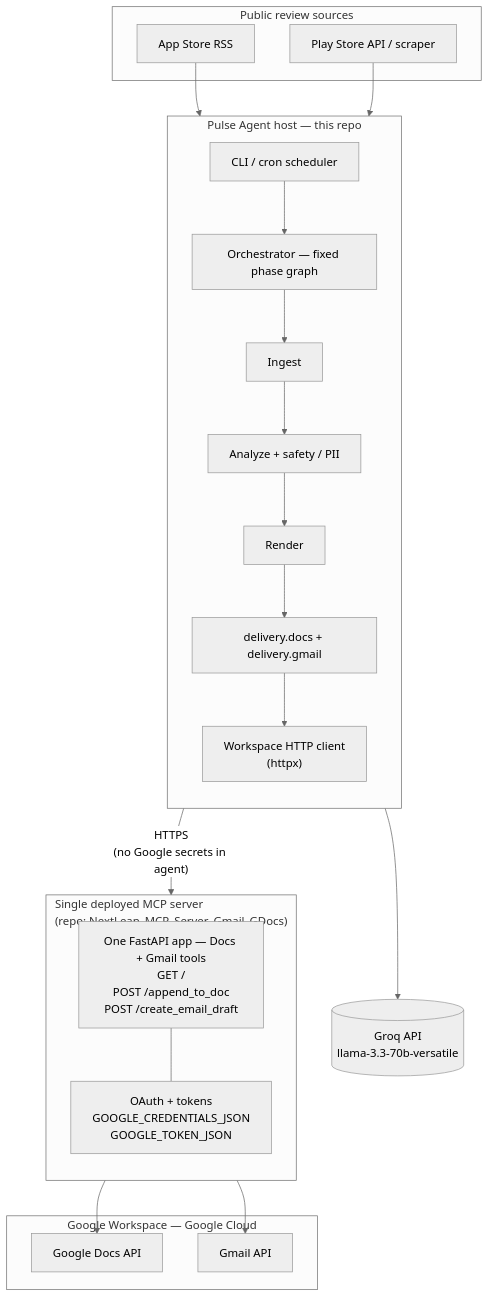
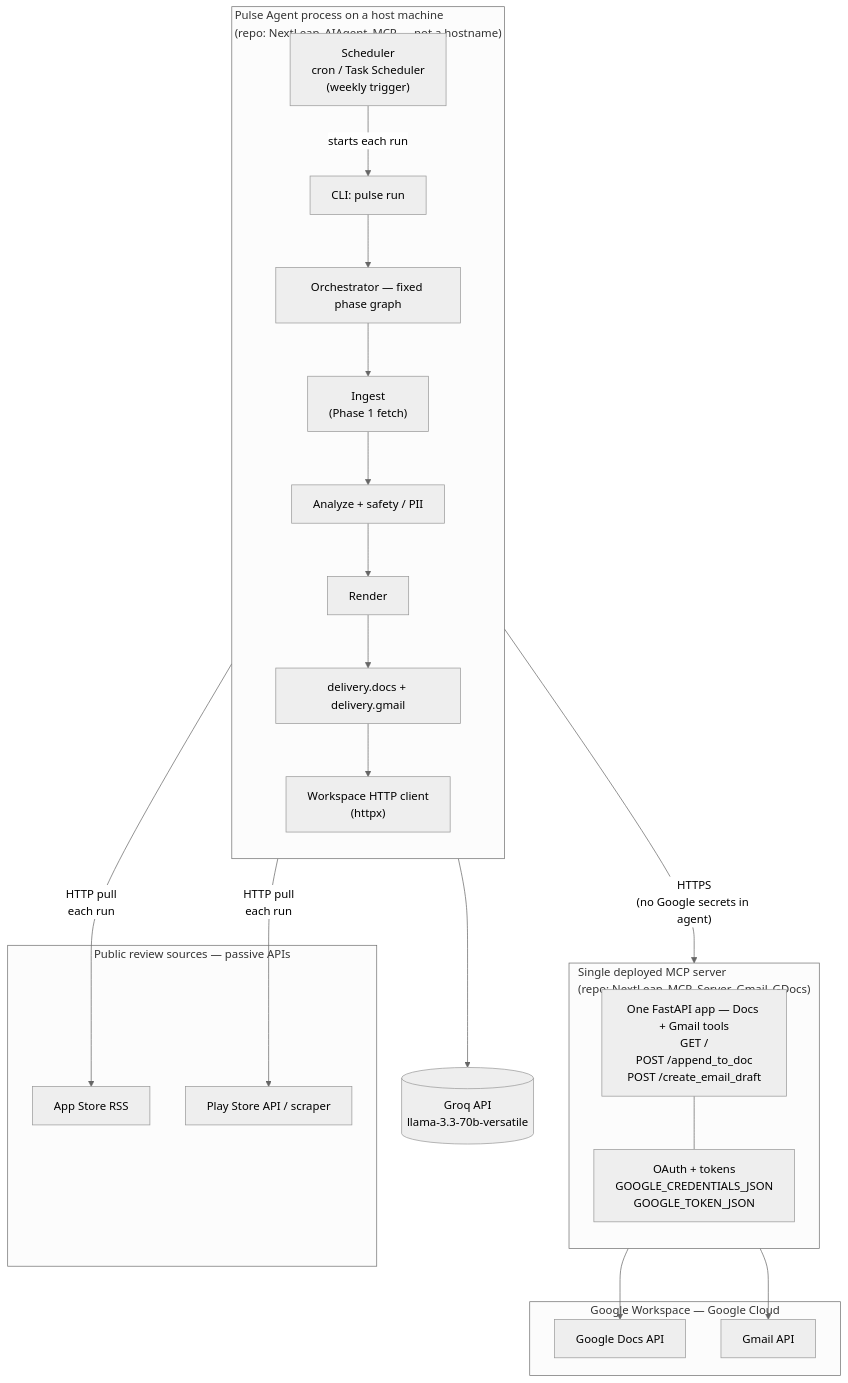
The diagram in docs/architecture.md (pbandyop/NextLeap_AIAgent_MCP), drawn with Mermaid (neutral theme) before and after one commit. The commit also changed other lines of this file, not shown here.

First line of the commit message:
Clarify architecture: scheduler triggers ingest pull from review sources.

````diff
--- a/docs/architecture.md
+++ b/docs/architecture.md
@@ -26,40 +34,43 @@
 ```mermaid
 flowchart TB
-  subgraph public["Public review sources"]
+  CRON["Scheduler\ncron / Task Scheduler\n(weekly trigger)"]
+
+  subgraph public["Public review sources — passive APIs"]
     AS[App Store RSS]
     PS[Play Store API / scraper]
   end
 
-  subgraph host["Pulse Agent host — this repo"]
+  subgraph host["Pulse Agent process on a host machine\n(repo: NextLeap_AIAgent_MCP — not a hostname)"]
     direction TB
-    CLI[CLI / cron scheduler]
+    CLI["CLI: pulse run"]
     ORCH[Orchestrator — fixed phase graph]
-    ING[Ingest]
+    ING["Ingest\n(Phase 1 fetch)"]
     ANA[Analyze + safety / PII]
     REN[Render]
     DEL["delivery.docs + delivery.gmail"]
     HTTP["Workspace HTTP client\n(httpx)"]
+    CRON -->|"starts each run"| CLI
     CLI --> ORCH --> ING --> ANA --> REN --> DEL --> HTTP
   end
 
   GROQ[(Groq API\nllama-3.3-70b-versatile)]
 
   subgraph mcp_deployed["Single deployed MCP server\n(repo: NextLeap_MCP_Server_Gmail_GDocs)"]
     direction TB
     API["One FastAPI app — Docs + Gmail tools\nGET /\nPOST /append_to_doc\nPOST /create_email_draft"]
     SECRETS["OAuth + tokens\nGOOGLE_CREDENTIALS_JSON\nGOOGLE_TOKEN_JSON"]
     API --- SECRETS
   end
 
   subgraph google["Google Workspace — Google Cloud"]
     DOCS[Google Docs API]
     GMAIL[Gmail API]
   end
 
-  AS --> ING
-  PS --> ING
+  ING -->|"HTTP pull\neach run"| AS
+  ING -->|"HTTP pull\neach run"| PS
   ANA --> GROQ
   HTTP -->|"HTTPS\n(no Google secrets in agent)"| API
   API --> DOCS
   API --> GMAIL
 ```
````
